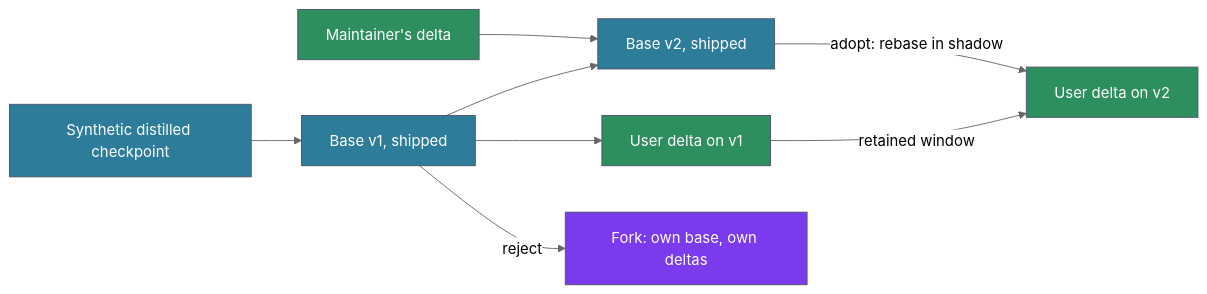
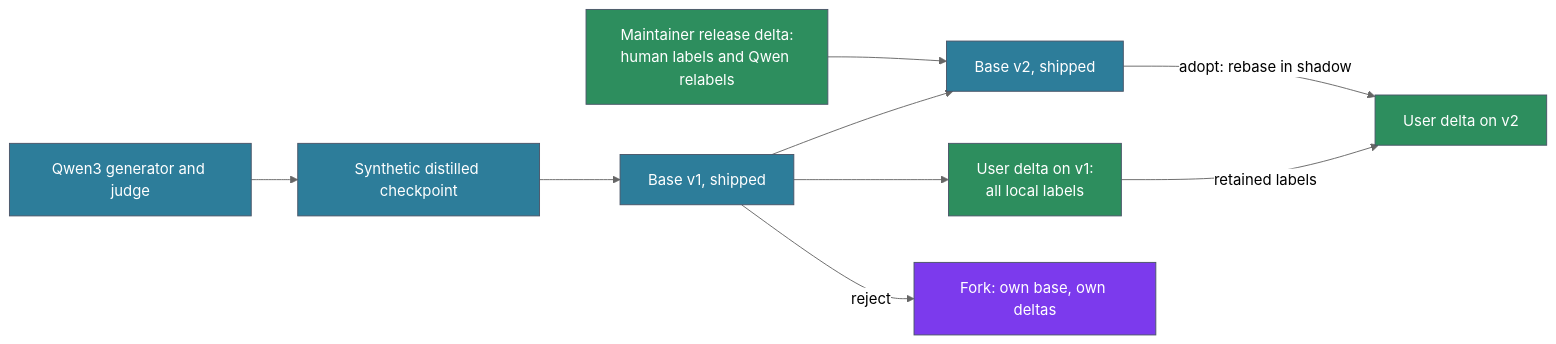
Before and after one commit to aaronsb/agent-ways: the diagram in docs/architecture/system/ADR-190-per-injection-ratings-and-continual-local-tuning-of-the-way-gate.md, drawn with Mermaid (neutral theme). The commit also changed other lines of this file and 1 other file, not shown here.

````diff
--- a/docs/architecture/system/ADR-190-per-injection-ratings-and-continual-local-tuning-of-the-way-gate.md
+++ b/docs/architecture/system/ADR-190-per-injection-ratings-and-continual-local-tuning-of-the-way-gate.md
@@ -135,17 +176,18 @@
 ```mermaid
 flowchart LR
-    S[Synthetic distilled checkpoint] --> B1[Base v1, shipped]
-    M[Maintainer's delta] --> B2
+    Q[Qwen3 generator and judge] --> S[Synthetic distilled checkpoint]
+    S --> B1[Base v1, shipped]
+    M[Maintainer release delta:<br/>human labels and Qwen relabels] --> B2
     B1 --> B2[Base v2, shipped]
-    B1 --> U1[User delta on v1]
+    B1 --> U1[User delta on v1:<br/>all local labels]
     B2 -->|adopt: rebase in shadow| U2[User delta on v2]
-    U1 -->|retained window| U2
+    U1 -->|retained labels| U2
     B1 -->|reject| F[Fork: own base, own deltas]
 
     classDef base fill:#2d7d9a,color:#fff,stroke:#4a5568
     classDef delta fill:#2d8e5e,color:#fff,stroke:#4a5568
     classDef fork fill:#7c3aed,color:#fff,stroke:#4a5568
-    class S,B1,B2 base
+    class Q,S,B1,B2 base
     class M,U1,U2 delta
     class F fork
 ```
````
